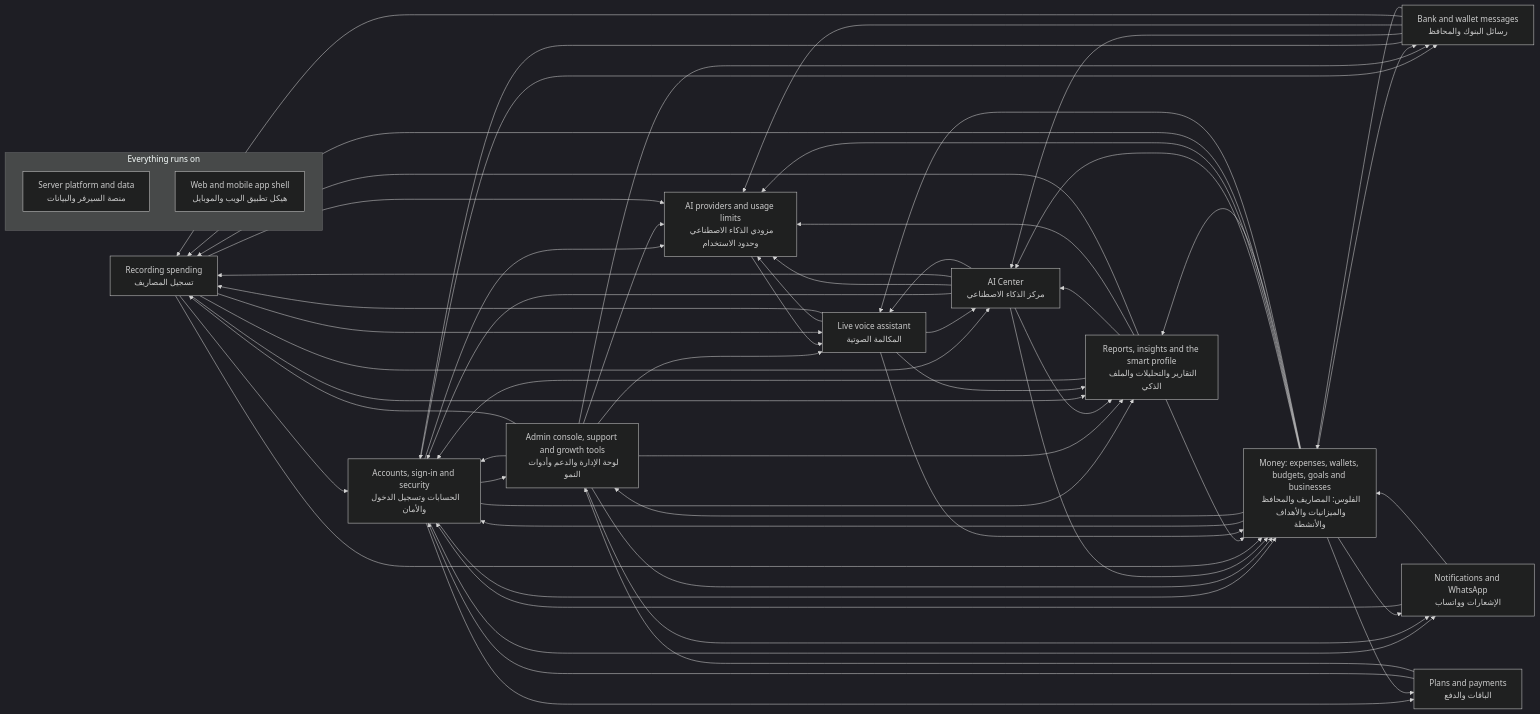
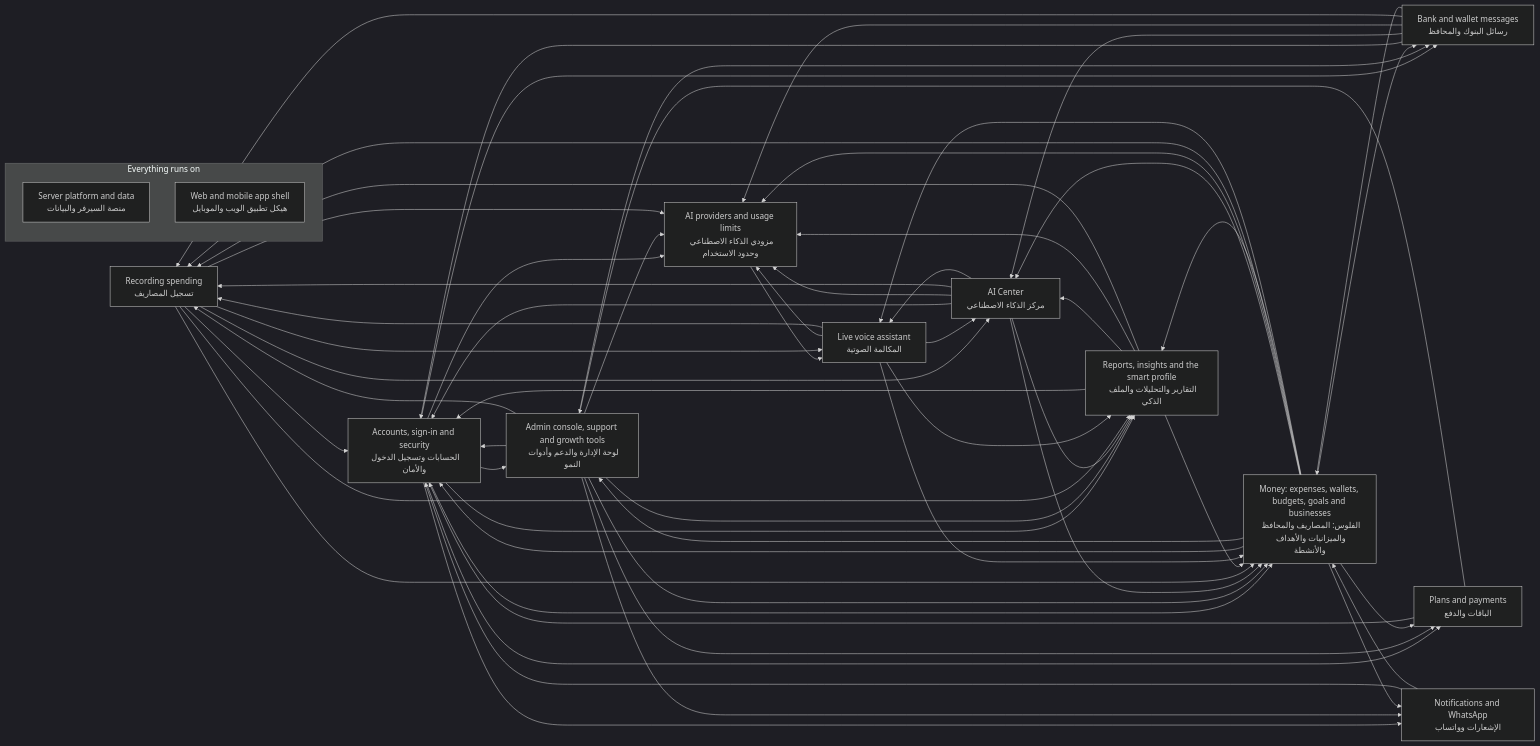
The diagram in docs/atlas/systems/README.md (mahmoudtaherr111/smartspend_mini_all), drawn with Mermaid (dark theme) before and after one commit. The commit also changed other lines of this file and 121 other files, not shown here.

First line of the commit message:
feat(billing,admin,mobile): unify admin console, dynamic plan limits, and store-only mobile billing

````diff
--- a/docs/atlas/systems/README.md
+++ b/docs/atlas/systems/README.md
@@ -15,75 +15,75 @@
 ```mermaid
 flowchart LR
   sys_expense_capture["Recording spending<br/>تسجيل المصاريف"]
   sys_bank_messages["Bank and wallet messages<br/>رسائل البنوك والمحافظ"]
   sys_voice_calls["Live voice assistant<br/>المكالمة الصوتية"]
   sys_ai_center["AI Center<br/>مركز الذكاء الاصطناعي"]
   sys_insights["Reports, insights and the smart profile<br/>التقارير والتحليلات والملف الذكي"]
   sys_money["Money: expenses, wallets, budgets, goals and businesses<br/>الفلوس: المصاريف والمحافظ والميزانيات والأهداف والأنشطة"]
   sys_accounts["Accounts, sign-in and security<br/>الحسابات وتسجيل الدخول والأمان"]
   sys_billing["Plans and payments<br/>الباقات والدفع"]
   sys_notifications["Notifications and WhatsApp<br/>الإشعارات وواتساب"]
   sys_admin["Admin console, support and growth tools<br/>لوحة الإدارة والدعم وأدوات النمو"]
   sys_ai_platform["AI providers and usage limits<br/>مزودي الذكاء الاصطناعي وحدود الاستخدام"]
   subgraph g_foundation["Everything runs on"]
     sys_platform["Server platform and data<br/>منصة السيرفر والبيانات"]
     sys_web_app["Web and mobile app shell<br/>هيكل تطبيق الويب والموبايل"]
   end
   sys_accounts --> sys_admin
   sys_accounts --> sys_ai_platform
   sys_accounts --> sys_bank_messages
   sys_accounts --> sys_billing
   sys_accounts --> sys_insights
   sys_accounts --> sys_money
   sys_accounts --> sys_notifications
   sys_admin --> sys_accounts
   sys_admin --> sys_ai_platform
   sys_admin --> sys_bank_messages
+  sys_admin --> sys_billing
   sys_admin --> sys_expense_capture
   sys_admin --> sys_insights
   sys_admin --> sys_money
   sys_admin --> sys_notifications
-  sys_admin --> sys_voice_calls
   sys_ai_center --> sys_accounts
   sys_ai_center --> sys_ai_platform
   sys_ai_center --> sys_expense_capture
   sys_ai_center --> sys_insights
   sys_ai_center --> sys_money
   sys_ai_center --> sys_voice_calls
   sys_ai_platform --> sys_voice_calls
   sys_bank_messages --> sys_accounts
   sys_bank_messages --> sys_ai_center
   sys_bank_messages --> sys_ai_platform
   sys_bank_messages --> sys_expense_capture
   sys_bank_messages --> sys_money
   sys_billing --> sys_accounts
   sys_billing --> sys_admin
   sys_expense_capture --> sys_accounts
   sys_expense_capture --> sys_ai_center
   sys_expense_capture --> sys_ai_platform
   sys_expense_capture --> sys_insights
   sys_expense_capture --> sys_money
   sys_expense_capture --> sys_voice_calls
   sys_insights --> sys_accounts
   sys_insights --> sys_ai_center
   sys_insights --> sys_ai_platform
   sys_insights --> sys_expense_capture
   sys_insights --> sys_money
   sys_money --> sys_accounts
   sys_money --> sys_admin
   sys_money --> sys_ai_center
   sys_money --> sys_ai_platform
   sys_money --> sys_bank_messages
   sys_money --> sys_billing
   sys_money --> sys_expense_capture
   sys_money --> sys_insights
   sys_money --> sys_notifications
   sys_money --> sys_voice_calls
   sys_notifications --> sys_accounts
   sys_notifications --> sys_money
   sys_voice_calls --> sys_ai_center
   sys_voice_calls --> sys_ai_platform
   sys_voice_calls --> sys_expense_capture
   sys_voice_calls --> sys_insights
   sys_voice_calls --> sys_money
 ```
````
